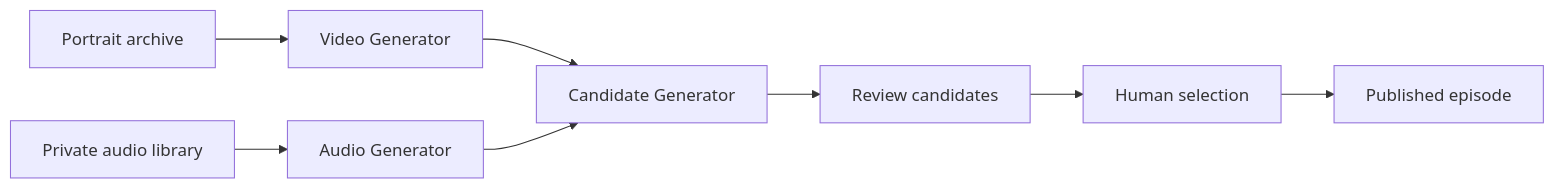
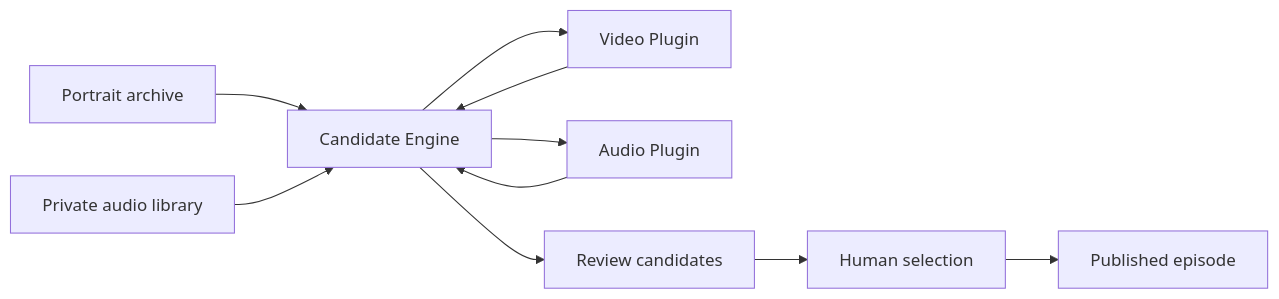
One commit to dannygoldfield/HPR-Umbrella changed the diagram in README.md. Above: the diagram before and after it, drawn with Mermaid. The commit also changed other lines of this file and 7 other files, not shown here.

Commit message:
Center archive workflow on Candidate Engine

````diff
--- a/README.md
+++ b/README.md
@@ -23,10 +24,12 @@
 ```mermaid
 flowchart LR
-    P[Portrait archive] --> V[Video Generator]
-    A[Private audio library] --> G[Audio Generator]
-    V --> C[Candidate Generator]
+    P[Portrait archive] --> C[Candidate Engine]
+    A[Private audio library] --> C
+    C --> V[Video Plugin]
+    C --> G[Audio Plugin]
+    V --> C
     G --> C
     C --> R[Review candidates]
     R --> H[Human selection]
     H --> E[Published episode]
 ```
````
